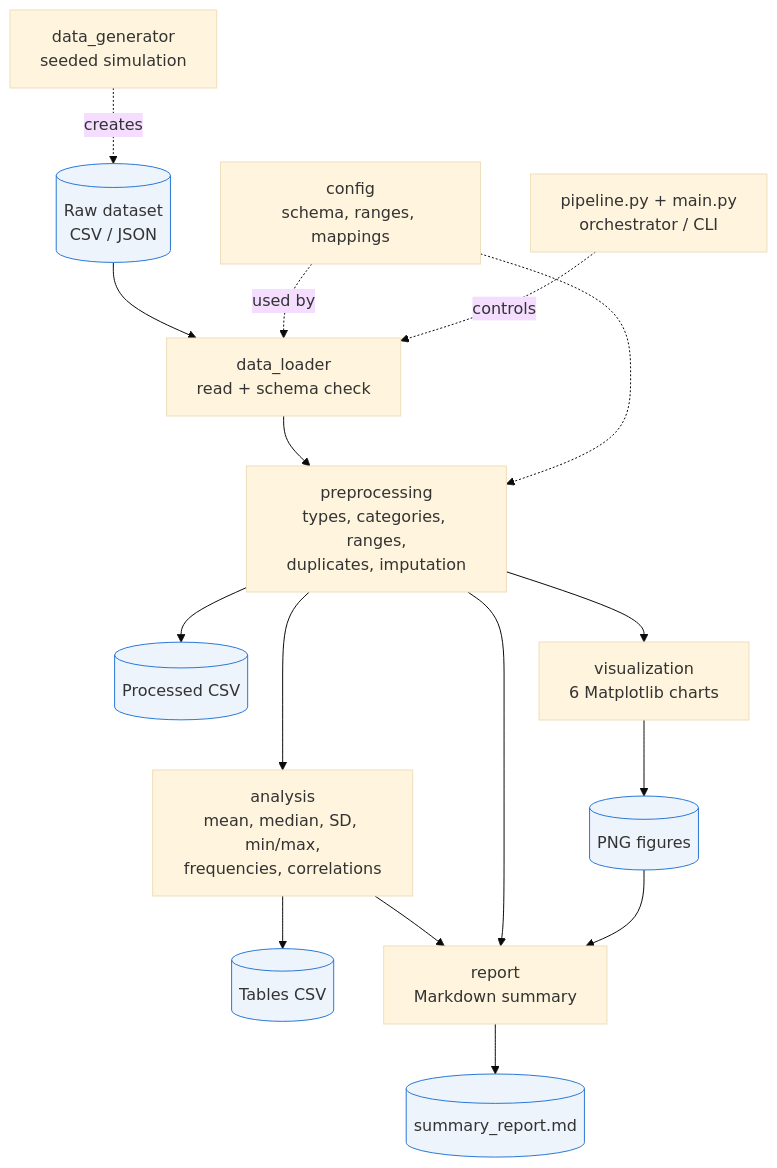
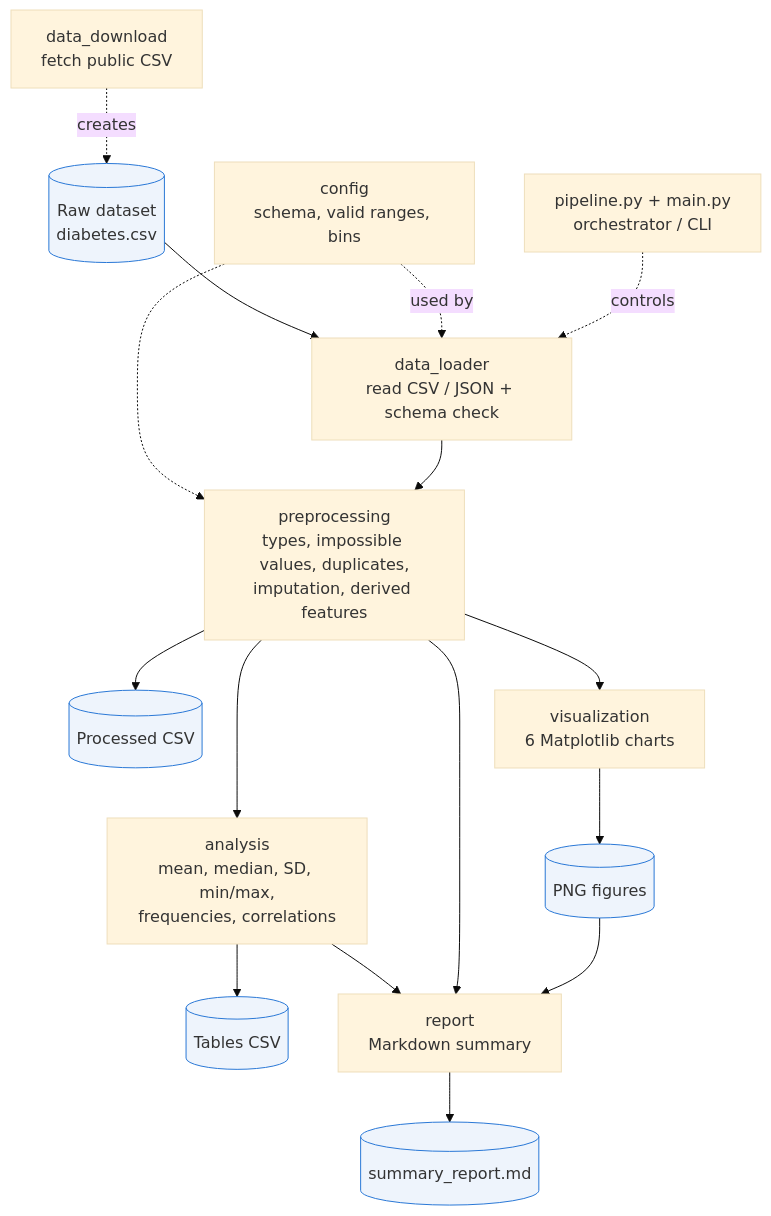
One commit to tnsheoran-tech/health-data-analyzer changed the diagram in docs/images/architecture.mmd. Above: the diagram before and after it, drawn with Mermaid (base theme). The commit also changed 21 other files, not shown here.

First line of the commit message:
docs: update README, design document, data ethics, notebook and sample output for real dataset

```diff
--- a/docs/images/architecture.mmd
+++ b/docs/images/architecture.mmd
@@ -1,18 +1,18 @@
 flowchart TB
-    A[("Raw dataset<br/>CSV / JSON")] --> B["data_loader<br/>read + schema check"]
-    G["data_generator<br/>seeded simulation"] -.creates.-> A
-    B --> C["preprocessing<br/>types, categories, ranges,<br/>duplicates, imputation"]
+    DL["data_download<br/>fetch public CSV"] -.creates.-> A[("Raw dataset<br/>diabetes.csv")]
+    A --> B["data_loader<br/>read CSV / JSON + schema check"]
+    CFG["config<br/>schema, valid ranges, bins"] -.used by.-> B
+    CFG -.-> C
+    PL["pipeline.py + main.py<br/>orchestrator / CLI"] -.controls.-> B
+    B --> C["preprocessing<br/>types, impossible values, duplicates,<br/>imputation, derived features"]
+    C --> P[("Processed CSV")]
     C --> D["analysis<br/>mean, median, SD, min/max,<br/>frequencies, correlations"]
-    C --> P[("Processed CSV")]
+    C --> V["visualization<br/>6 Matplotlib charts"]
     D --> T[("Tables CSV")]
-    C --> V["visualization<br/>6 Matplotlib charts"]
     V --> F[("PNG figures")]
     D --> R["report<br/>Markdown summary"]
     C --> R
     F --> R
     R --> O[("summary_report.md")]
-    CFG["config<br/>schema, ranges, mappings"] -.used by.-> B
-    CFG -.-> C
-    PL["pipeline.py + main.py<br/>orchestrator / CLI"] -.controls.-> B
     classDef store fill:#eef4fc,stroke:#2a78d6;
     class A,P,T,F,O store;
```
